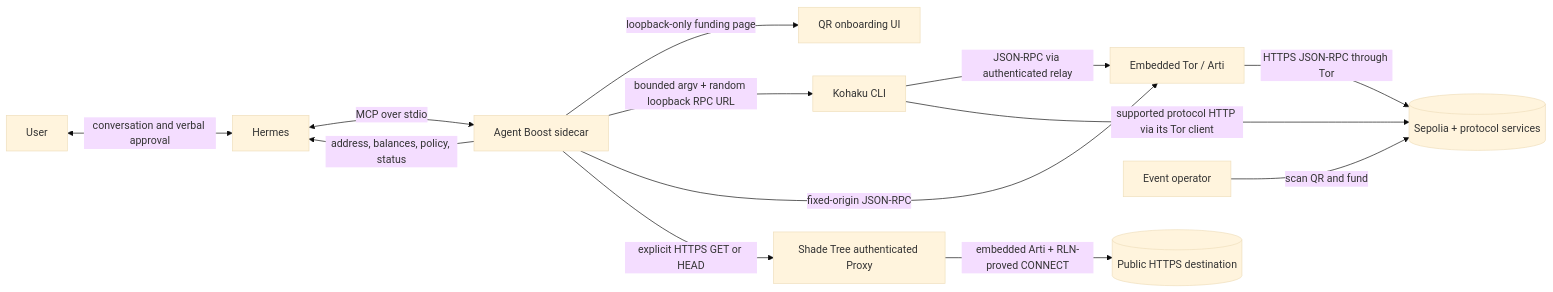
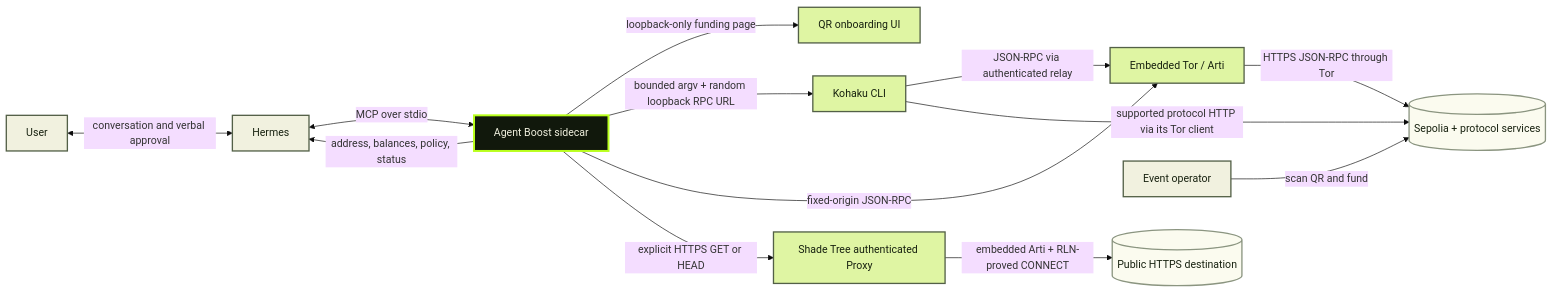
The diagram in docs/ARCHITECTURE.md (dmarzzz/agent-boost), drawn with Mermaid (base theme) before and after one commit. The commit also changed other lines of this file and 9 other files, not shown here.

````diff
--- a/docs/ARCHITECTURE.md
+++ b/docs/ARCHITECTURE.md
@@ -3,15 +10,24 @@
 ```mermaid
 flowchart LR
     U[User] <-->|conversation and verbal approval| H[Hermes]
     H <-->|MCP over stdio| A[Agent Boost sidecar]
     A -->|loopback-only funding page| UI[QR onboarding UI]
     A -->|bounded argv + random loopback RPC URL| K[Kohaku CLI]
     A -->|fixed-origin JSON-RPC| T[Embedded Tor / Arti]
     K -->|JSON-RPC via authenticated relay| T
     K -->|supported protocol HTTP via its Tor client| E[(Sepolia + protocol services)]
     T -->|HTTPS JSON-RPC through Tor| E
     A -->|explicit HTTPS GET or HEAD| S[Shade Tree authenticated Proxy]
     S -->|embedded Arti + RLN-proved CONNECT| W[(Public HTTPS destination)]
     O[Event operator] -->|scan QR and fund| E
     A -->|address, balances, policy, status| H
+
+    classDef person fill:#f1f1df,stroke:#536047,color:#17210f,stroke-width:2px;
+    classDef core fill:#11180c,stroke:#b9ff1d,color:#f1f1df,stroke-width:3px;
+    classDef route fill:#dff5a3,stroke:#536047,color:#17210f,stroke-width:2px;
+    classDef external fill:#fbfbef,stroke:#8b9580,color:#17210f,stroke-width:2px;
+    class U,H,O person;
+    class A core;
+    class UI,K,T,S route;
+    class E,W external;
 ```
````
